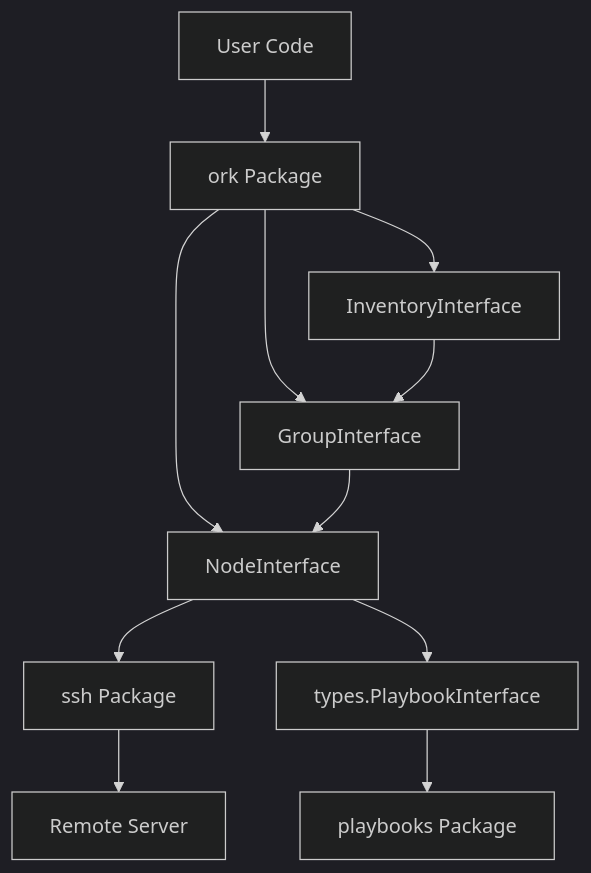
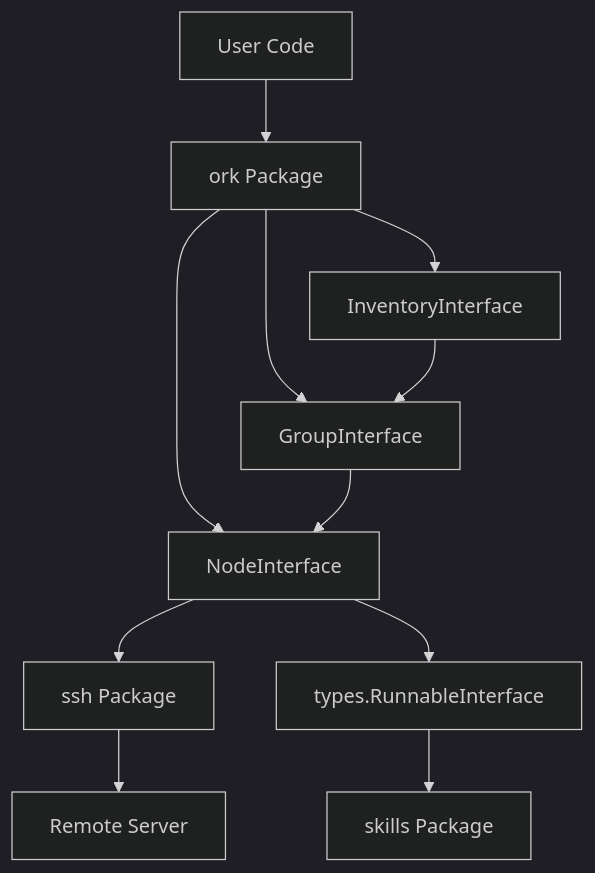
The diagram in docs/livewiki/README.md (dracory/ork), drawn with Mermaid (dark theme) before and after one commit. The commit also changed other lines of this file and 20 other files, not shown here.

Commit message:
refactor: update terminology from playbooks to skills across comparison documentation

````diff
--- a/docs/livewiki/README.md
+++ b/docs/livewiki/README.md
@@ -33,13 +37,13 @@
 ```mermaid
 graph TD
     A[User Code] --> B[ork Package]
     B --> C[NodeInterface]
     B --> D[GroupInterface]
     B --> E[InventoryInterface]
     C --> F[ssh Package]
     D --> C
     E --> D
     F --> G[Remote Server]
-    C --> H[types.PlaybookInterface]
-    H --> I[playbooks Package]
+    C --> H[types.RunnableInterface]
+    H --> I[skills Package]
 ```
````
